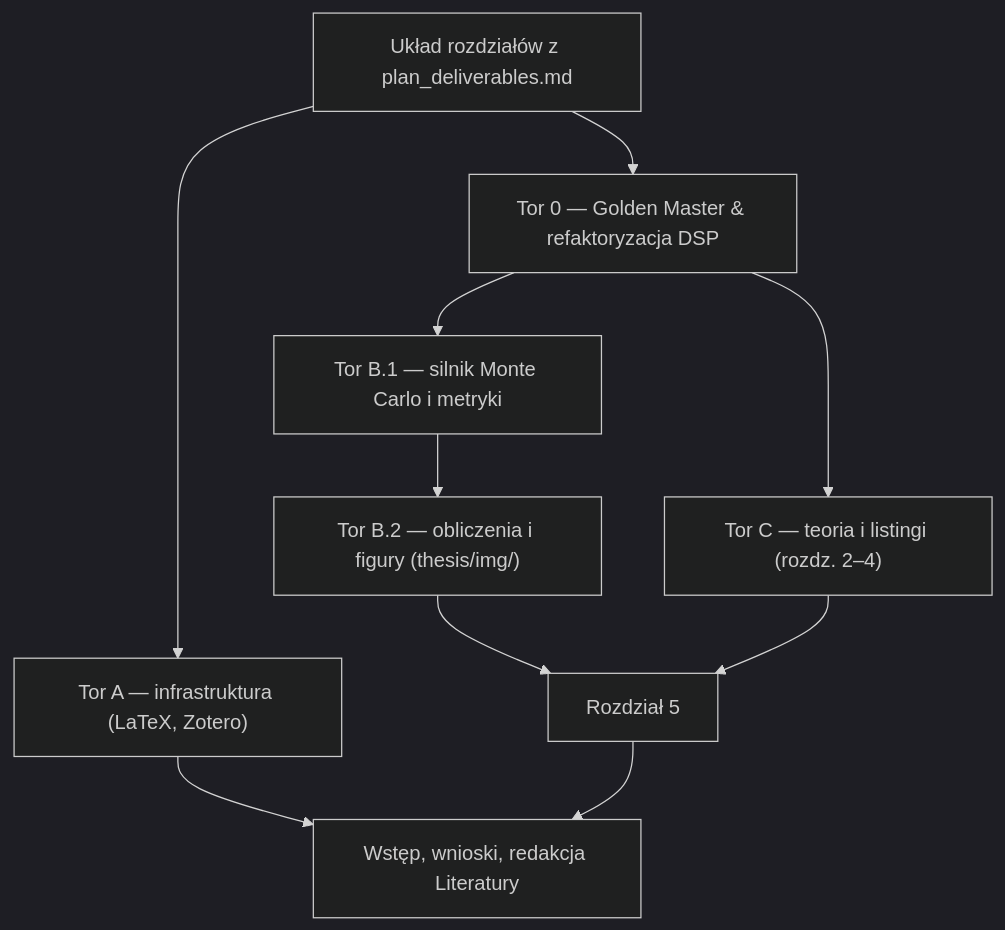
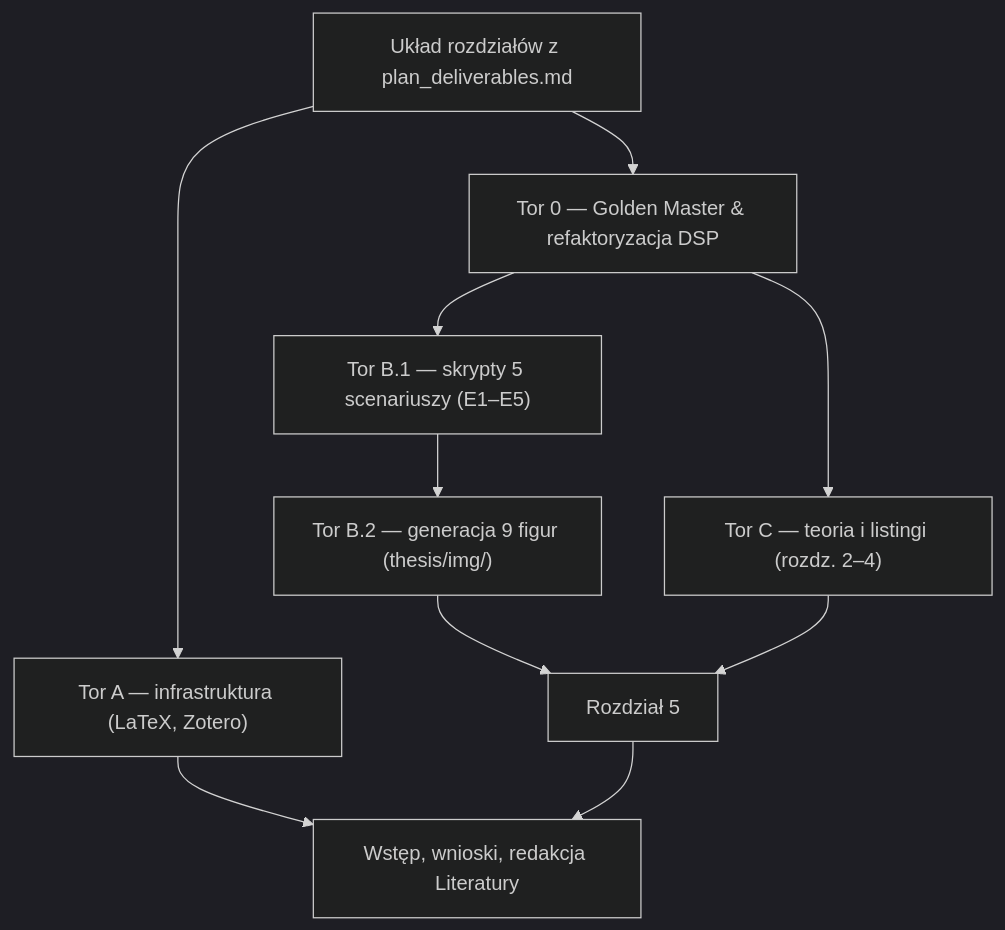
The diagram in docs/plan_work_order.md (nix746/wifi-radar), drawn with Mermaid (dark theme) before and after one commit. The commit also changed other lines of this file and 2 other files, not shown here.

````diff
--- a/docs/plan_work_order.md
+++ b/docs/plan_work_order.md
@@ -29,21 +29,21 @@
 ```mermaid
 flowchart TD
     D["Układ rozdziałów z plan_deliverables.md"]
     R0["Tor 0 — Golden Master & refaktoryzacja DSP"]
     A["Tor A — infrastruktura (LaTeX, Zotero)"]
-    B1["Tor B.1 — silnik Monte Carlo i metryki"]
-    B2["Tor B.2 — obliczenia i figury (thesis/img/)"]
+    B1["Tor B.1 — skrypty 5 scenariuszy (E1–E5)"]
+    B2["Tor B.2 — generacja 9 figur (thesis/img/)"]
     C["Tor C — teoria i listingi (rozdz. 2–4)"]
     R5["Rozdział 5"]
     END["Wstęp, wnioski, redakcja Literatury"]
 
     D --> R0
     D --> A
     R0 --> B1
     B1 --> B2
     R0 --> C
     A --> END
     B2 --> R5
     C --> R5
     R5 --> END
 ```
````
